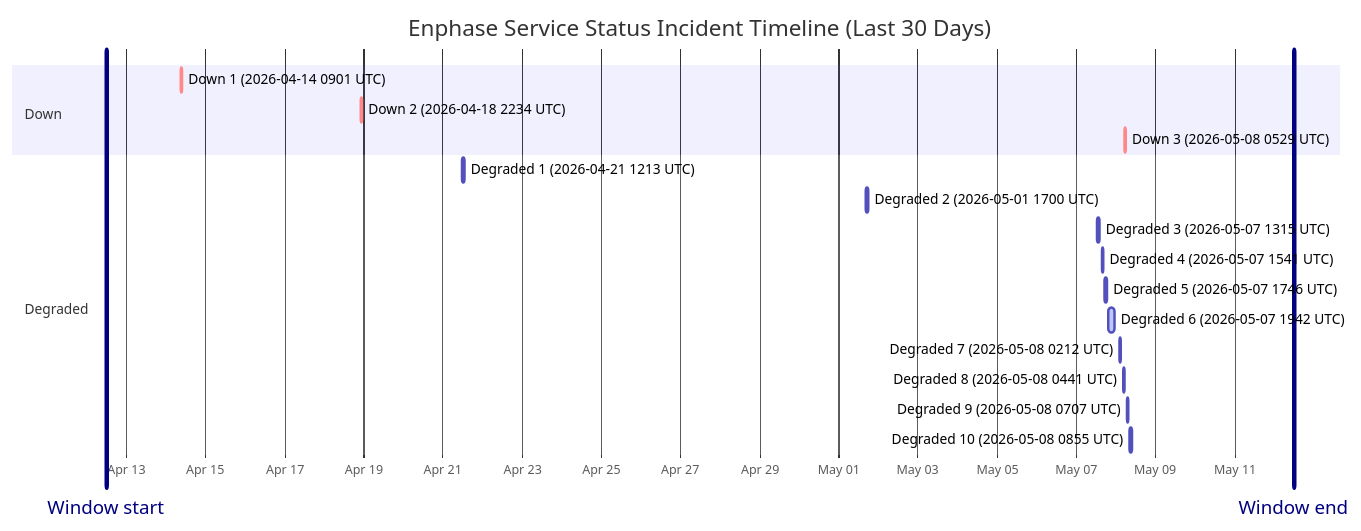
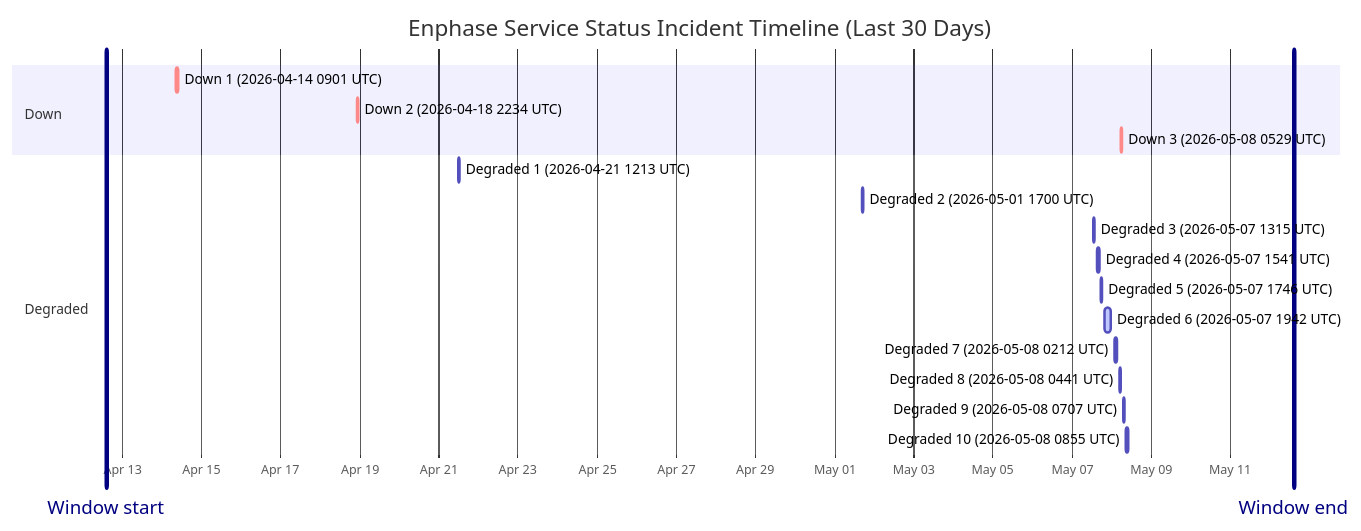
The diagram in wiki/Service-Status-History.md (barneyonline/ha-enphase-ev-charger), drawn with Mermaid before and after one commit. The commit also changed other lines of this file and 3 other files, not shown here.

````diff
--- a/wiki/Service-Status-History.md
+++ b/wiki/Service-Status-History.md
@@ -14,23 +14,23 @@
 ```mermaid
 gantt
     title Enphase Service Status Incident Timeline (Last 30 Days)
     dateFormat  YYYY-MM-DDTHH:mm:ss
     axisFormat  %b %d
-    Window start :vert, window-start, 2026-04-12T11:53:50, 0ms
-    Window end :vert, window-end, 2026-05-12T11:53:50, 0ms
+    Window start :vert, window-start, 2026-04-12T14:23:25, 0ms
+    Window end :vert, window-end, 2026-05-12T14:23:25, 0ms
     section Down
     Down 1 (2026-04-14 0901 UTC) :crit, down-1, 2026-04-14T09:01:13, 60m
     Down 2 (2026-04-18 2234 UTC) :crit, down-2, 2026-04-18T22:34:13, 60m
     Down 3 (2026-05-08 0529 UTC) :crit, down-3, 2026-05-08T05:29:47, 60m
     section Degraded
     Degraded 1 (2026-04-21 1213 UTC) :active, degraded-1, 2026-04-21T12:13:11, 60m
     Degraded 2 (2026-05-01 1700 UTC) :active, degraded-2, 2026-05-01T17:00:22, 60m
     Degraded 3 (2026-05-07 1315 UTC) :active, degraded-3, 2026-05-07T13:15:25, 60m
     Degraded 4 (2026-05-07 1541 UTC) :active, degraded-4, 2026-05-07T15:41:58, 60m
     Degraded 5 (2026-05-07 1746 UTC) :active, degraded-5, 2026-05-07T17:46:51, 60m
     Degraded 6 (2026-05-07 1942 UTC) :active, degraded-6, 2026-05-07T19:42:10, 249m
     Degraded 7 (2026-05-08 0212 UTC) :active, degraded-7, 2026-05-08T02:12:39, 60m
     Degraded 8 (2026-05-08 0441 UTC) :active, degraded-8, 2026-05-08T04:41:46, 60m
     Degraded 9 (2026-05-08 0707 UTC) :active, degraded-9, 2026-05-08T07:07:30, 60m
     Degraded 10 (2026-05-08 0855 UTC) :active, degraded-10, 2026-05-08T08:55:20, 88m
 ```
````
